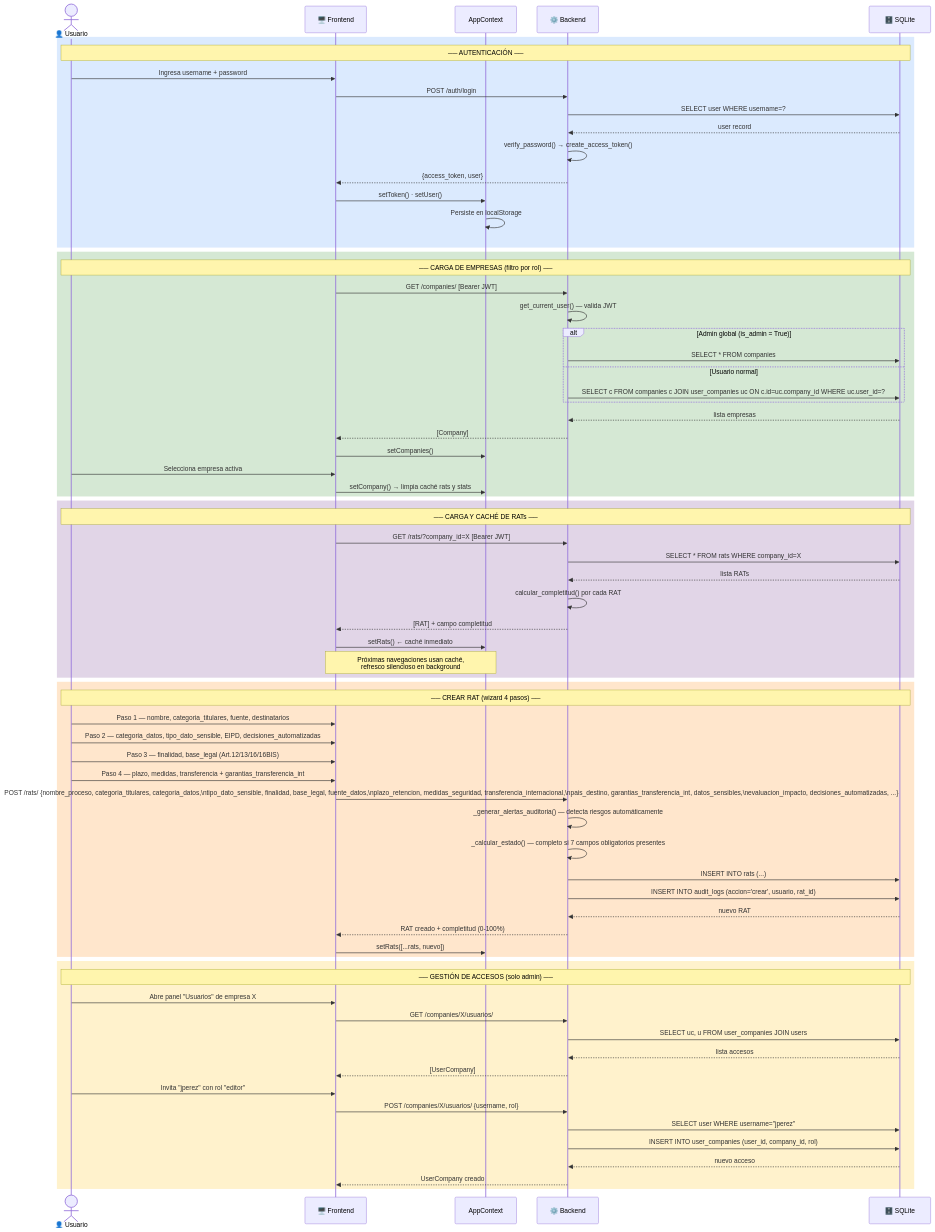
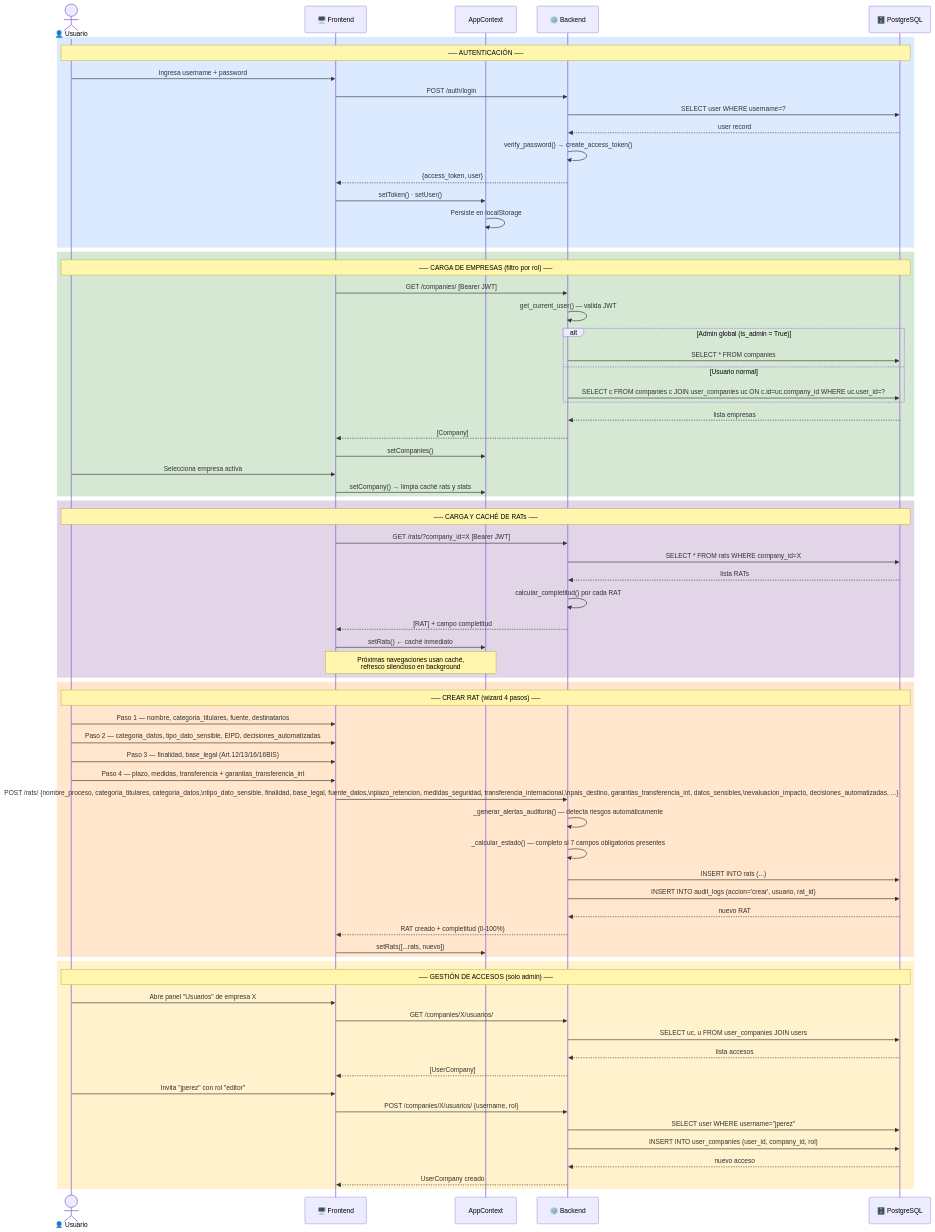
One commit to macollipal/custodio-rat changed the fourth of 4 diagrams in docs/flujo_datos.md. Above: the diagram before and after it, drawn with Mermaid. The commit also changed other lines of this file and 29 other files, not shown here.

````diff
--- a/docs/flujo_datos.md
+++ b/docs/flujo_datos.md
@@ -184,78 +184,78 @@
 ```mermaid
 sequenceDiagram
     actor U as 👤 Usuario
     participant FE as 🖥️ Frontend
     participant CTX as AppContext
     participant API as ⚙️ Backend
-    participant DB as 🗄️ SQLite
+    participant DB as 🗄️ PostgreSQL
 
     rect rgb(219,234,254)
         Note over U,DB: ── AUTENTICACIÓN ──
         U->>FE: Ingresa username + password
         FE->>API: POST /auth/login
         API->>DB: SELECT user WHERE username=?
         DB-->>API: user record
         API->>API: verify_password() → create_access_token()
         API-->>FE: {access_token, user}
         FE->>CTX: setToken() · setUser()
         CTX->>CTX: Persiste en localStorage
     end
 
     rect rgb(213,232,212)
         Note over U,DB: ── CARGA DE EMPRESAS (filtro por rol) ──
         FE->>API: GET /companies/  [Bearer JWT]
         API->>API: get_current_user() — valida JWT
         alt Admin global (is_admin = True)
             API->>DB: SELECT * FROM companies
         else Usuario normal
             API->>DB: SELECT c FROM companies c JOIN user_companies uc ON c.id=uc.company_id WHERE uc.user_id=?
         end
         DB-->>API: lista empresas
         API-->>FE: [Company]
         FE->>CTX: setCompanies()
         U->>FE: Selecciona empresa activa
         FE->>CTX: setCompany() → limpia caché rats y stats
     end
 
     rect rgb(225,213,231)
         Note over U,DB: ── CARGA Y CACHÉ DE RATs ──
         FE->>API: GET /rats/?company_id=X  [Bearer JWT]
         API->>DB: SELECT * FROM rats WHERE company_id=X
         DB-->>API: lista RATs
         API->>API: calcular_completitud() por cada RAT
         API-->>FE: [RAT] + campo completitud
         FE->>CTX: setRats()  ← caché inmediato
         Note over FE,CTX: Próximas navegaciones usan caché,<br/>refresco silencioso en background
     end
 
     rect rgb(255,230,204)
         Note over U,DB: ── CREAR RAT (wizard 4 pasos) ──
         U->>FE: Paso 1 — nombre, categoria_titulares, fuente, destinatarios
         U->>FE: Paso 2 — categoria_datos, tipo_dato_sensible, EIPD, decisiones_automatizadas
         U->>FE: Paso 3 — finalidad, base_legal (Art.12/13/16/16BIS)
         U->>FE: Paso 4 — plazo, medidas, transferencia + garantias_transferencia_int
         FE->>API: POST /rats/ {nombre_proceso, categoria_titulares, categoria_datos,\ntipo_dato_sensible, finalidad, base_legal, fuente_datos,\nplazo_retencion, medidas_seguridad, transferencia_internacional,\npais_destino, garantias_transferencia_int, datos_sensibles,\nevaluacion_impacto, decisiones_automatizadas, ...}
         API->>API: _generar_alertas_auditoria() — detecta riesgos automáticamente
         API->>API: _calcular_estado() — completo si 7 campos obligatorios presentes
         API->>DB: INSERT INTO rats (...)
         API->>DB: INSERT INTO audit_logs (accion='crear', usuario, rat_id)
         DB-->>API: nuevo RAT
         API-->>FE: RAT creado + completitud (0-100%)
         FE->>CTX: setRats([...rats, nuevo])
     end
 
     rect rgb(255,242,204)
         Note over U,DB: ── GESTIÓN DE ACCESOS (solo admin) ──
         U->>FE: Abre panel "Usuarios" de empresa X
         FE->>API: GET /companies/X/usuarios/
         API->>DB: SELECT uc, u FROM user_companies JOIN users
         DB-->>API: lista accesos
         API-->>FE: [UserCompany]
         U->>FE: Invita "jperez" con rol "editor"
         FE->>API: POST /companies/X/usuarios/ {username, rol}
         API->>DB: SELECT user WHERE username="jperez"
         API->>DB: INSERT INTO user_companies (user_id, company_id, rol)
         DB-->>API: nuevo acceso
         API-->>FE: UserCompany creado
     end
 ```
````
